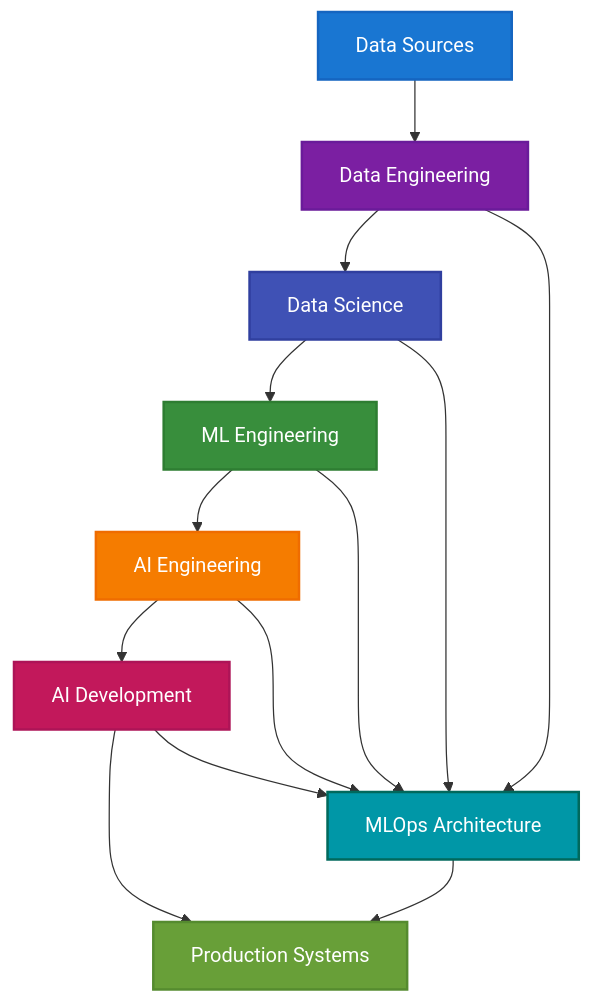
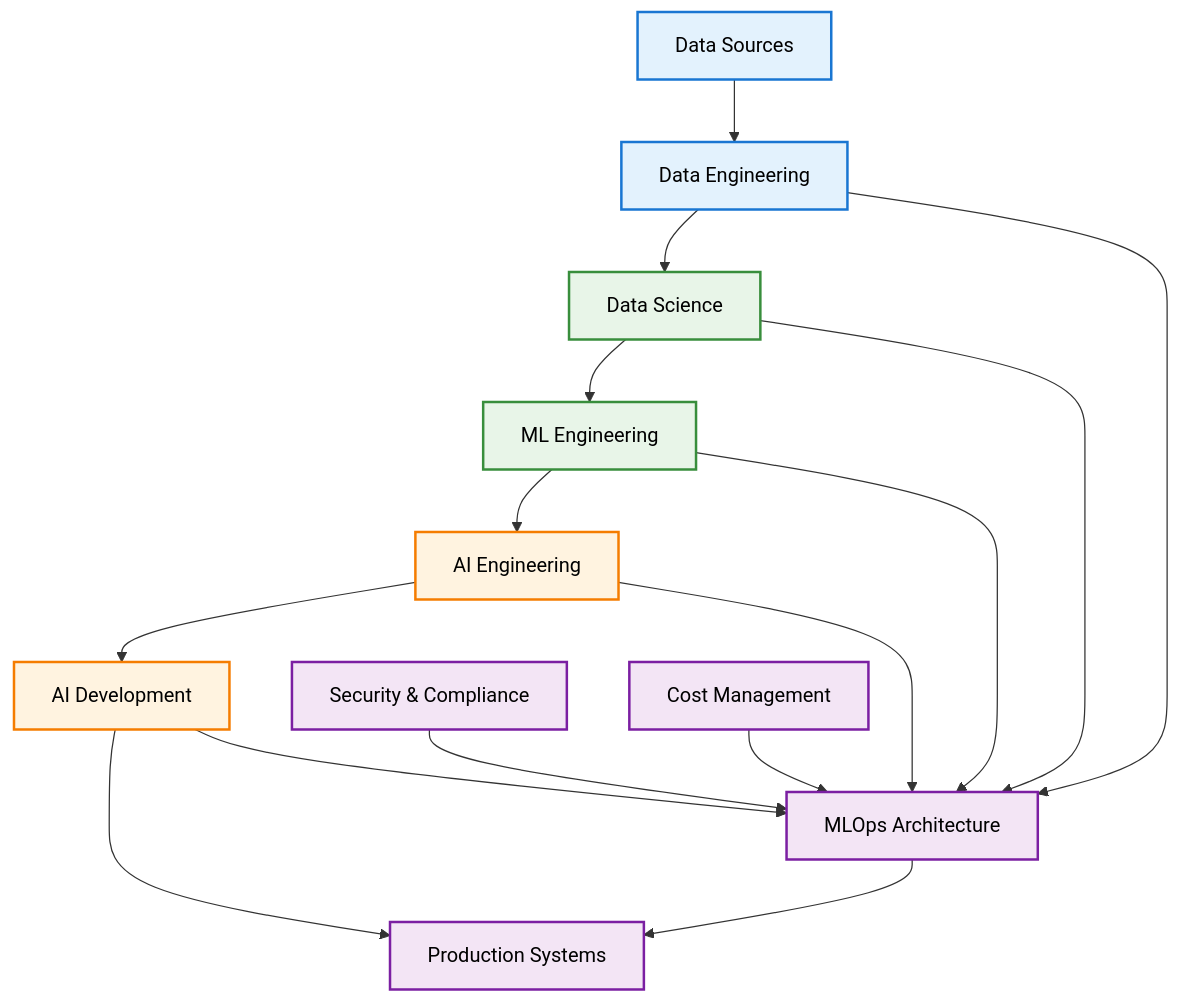
Before and after one commit to khaosans/articles: the diagram in README.md, drawn with Mermaid. The commit also changed other lines of this file and 66 other files, not shown here.

````diff
--- a/README.md
+++ b/README.md
@@ -39,25 +124,25 @@
 ```mermaid
-flowchart TD
-    A[Data Sources] --> B[Data Engineering]
-    B --> C[Data Science]
-    C --> D[ML Engineering]
-    D --> E[AI Engineering]
-    E --> F[AI Development]
-    F --> G[Production Systems]
+graph TD
+    classDef data fill:#e3f2fd,stroke:#1976d2,stroke-width:2px,color:#000
+    classDef ml fill:#e8f5e8,stroke:#388e3c,stroke-width:2px,color:#000
+    classDef ai fill:#fff3e0,stroke:#f57c00,stroke-width:2px,color:#000
+    classDef ops fill:#f3e5f5,stroke:#7b1fa2,stroke-width:2px,color:#000
     
-    B --> H[MLOps Architecture]
+    A[Data Sources]:::data --> B[Data Engineering]:::data
+    B --> C[Data Science]:::ml
+    C --> D[ML Engineering]:::ml
+    D --> E[AI Engineering]:::ai
+    E --> F[AI Development]:::ai
+    F --> G[Production Systems]:::ops
+    
+    B --> H[MLOps Architecture]:::ops
     C --> H
     D --> H
     E --> H
     F --> H
     H --> G
     
-    style A fill:#1976d2,stroke:#1565c0,stroke-width:2px,color:#ffffff
-    style B fill:#7b1fa2,stroke:#6a1b9a,stroke-width:2px,color:#ffffff
-    style C fill:#3f51b5,stroke:#303f9f,stroke-width:2px,color:#ffffff
-    style D fill:#388e3c,stroke:#2e7d32,stroke-width:2px,color:#ffffff
-    style E fill:#f57c00,stroke:#ef6c00,stroke-width:2px,color:#ffffff
-    style F fill:#c2185b,stroke:#ad1457,stroke-width:2px,color:#ffffff
-    style G fill:#689f38,stroke:#558b2f,stroke-width:2px,color:#ffffff
-    style H fill:#0097a7,stroke:#00695c,stroke-width:2px,color:#ffffff
+    %% Add security and cost layers
+    I[Security & Compliance]:::ops --> H
+    J[Cost Management]:::ops --> H
 ```
````
